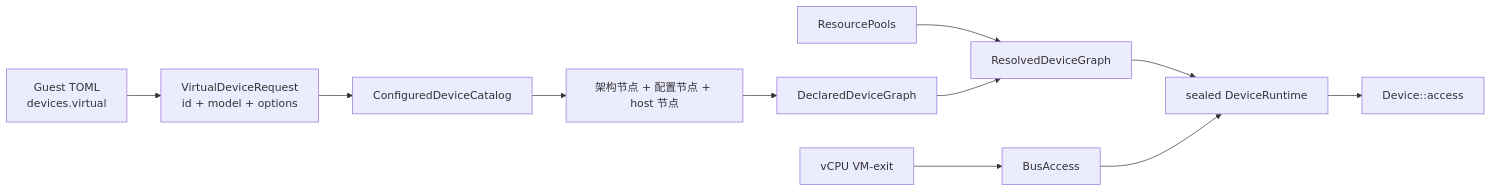
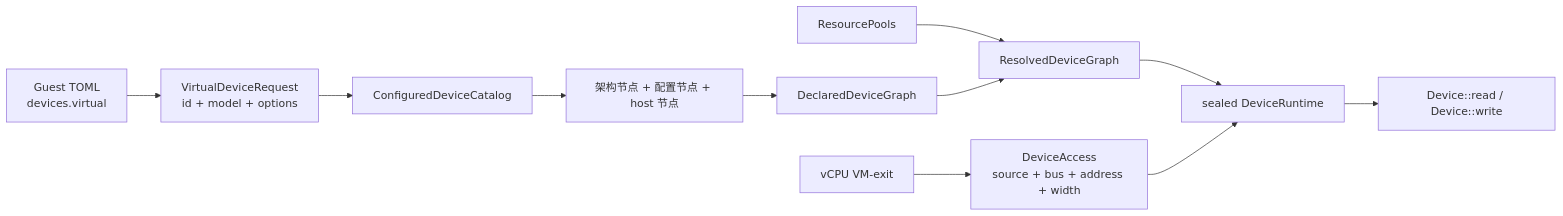
The second of 5 diagrams in docs/docs/architecture/axvisor/emulated-devices.md (451846939/tgoskits), drawn with Mermaid before and after one commit. The commit also changed other lines of this file and 41 other files, not shown here.

First line of the commit message:
fix(axdevice)!: bind device access to the issuing vCPU (#2092)

````diff
--- a/docs/docs/architecture/axvisor/emulated-devices.md
+++ b/docs/docs/architecture/axvisor/emulated-devices.md
@@ -110,20 +110,20 @@
 ```mermaid
 flowchart LR
     Toml["Guest TOML<br/>devices.virtual"]
     Request["VirtualDeviceRequest<br/>id + model + options"]
     Catalog["ConfiguredDeviceCatalog"]
     Nodes["架构节点 + 配置节点 + host 节点"]
     Graph["DeclaredDeviceGraph"]
     Pools["ResourcePools"]
     Resolved["ResolvedDeviceGraph"]
     Runtime["sealed DeviceRuntime"]
     Exit["vCPU VM-exit"]
-    Access["BusAccess"]
-    Device["Device::access"]
+    Access["DeviceAccess<br/>source + bus + address + width"]
+    Device["Device::read / Device::write"]
 
     Toml --> Request --> Catalog --> Nodes
     Nodes --> Graph
     Pools --> Resolved
     Graph --> Resolved --> Runtime
     Exit --> Access --> Runtime --> Device
 ```
````
